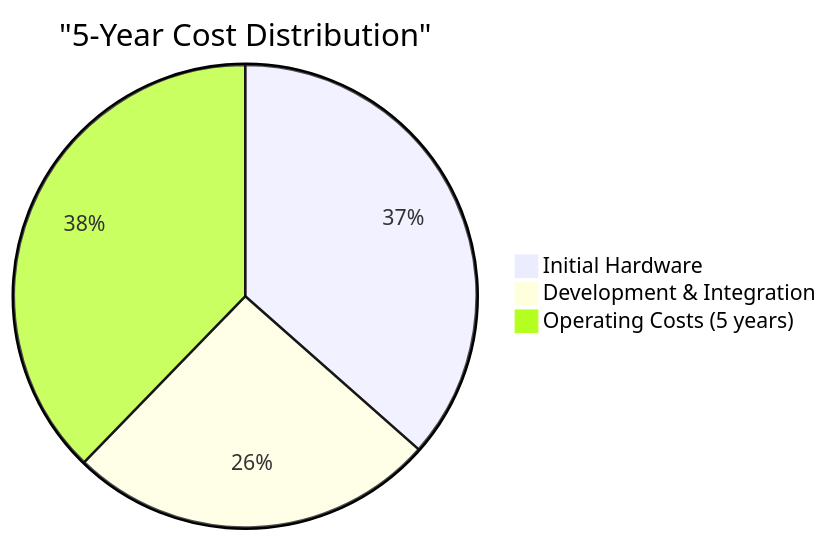
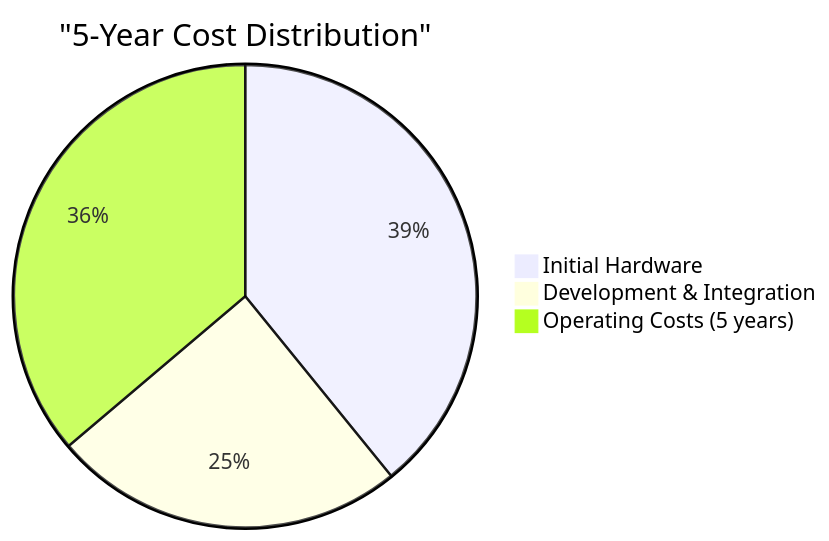
One commit to transnet-eduard-reitmann/locomotive-tracking-unit changed the ninth of 9 diagrams in docs/executive-summary.md. Above: the diagram before and after it, drawn with Mermaid. The commit also changed other lines of this file and 16 other files, not shown here.

````diff
--- a/docs/executive-summary.md
+++ b/docs/executive-summary.md
@@ -252,6 +253,6 @@
 ```mermaid
 pie title "5-Year Cost Distribution"
-    "Initial Hardware" : 312
-    "Development & Integration" : 220
-    "Operating Costs (5 years)" : 322.5
+    "Initial Hardware" : 365
+    "Development & Integration" : 230
+    "Operating Costs (5 years)" : 337.5
 ```
````
